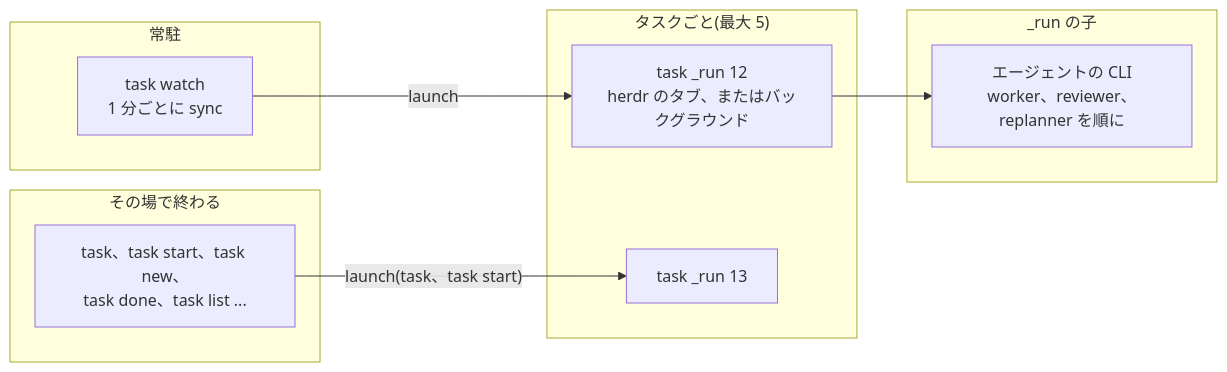
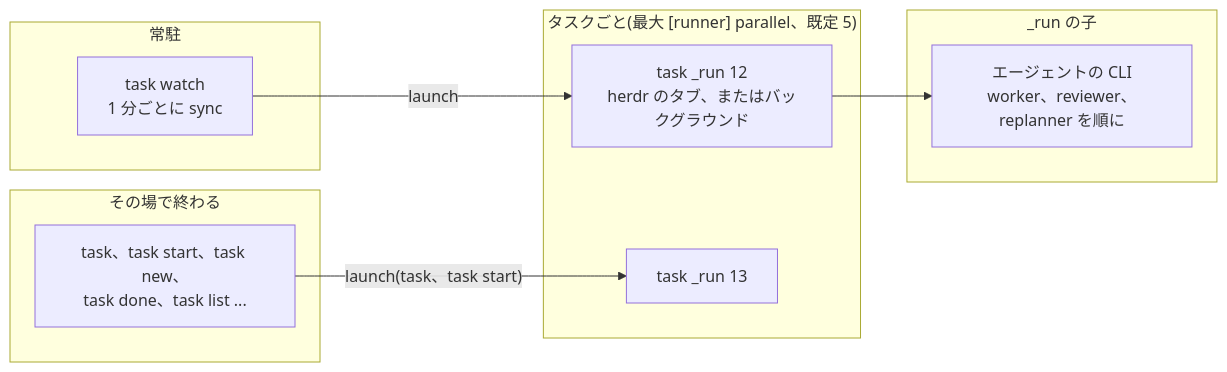
The third of 7 diagrams in docs/architecture/lld.md (jyoka/task-hub), drawn with Mermaid before and after one commit. The commit also changed other lines of this file and 6 other files, not shown here.

Commit message:
task 159: 同時に動かすタスクの数を [runner] parallel で設定できるようにする

````diff
--- a/docs/architecture/lld.md
+++ b/docs/architecture/lld.md
@@ -96,19 +96,19 @@
 ```mermaid
 flowchart LR
     subgraph long["常駐"]
         watch["task watch<br/>1 分ごとに sync"]
     end
     subgraph short["その場で終わる"]
         cmds["task、task start、task new、<br/>task done、task list ..."]
     end
-    subgraph perTask["タスクごと(最大 5)"]
+    subgraph perTask["タスクごと(最大 [runner] parallel、既定 5)"]
         run1["task _run 12<br/>herdr のタブ、またはバックグラウンド"]
         run2["task _run 13"]
     end
     subgraph children["_run の子"]
         a1["エージェントの CLI<br/>worker、reviewer、replanner を順に"]
     end
     watch -- "launch" --> run1
     cmds -- "launch(task、task start)" --> run2
     run1 --> a1
 ```
````
